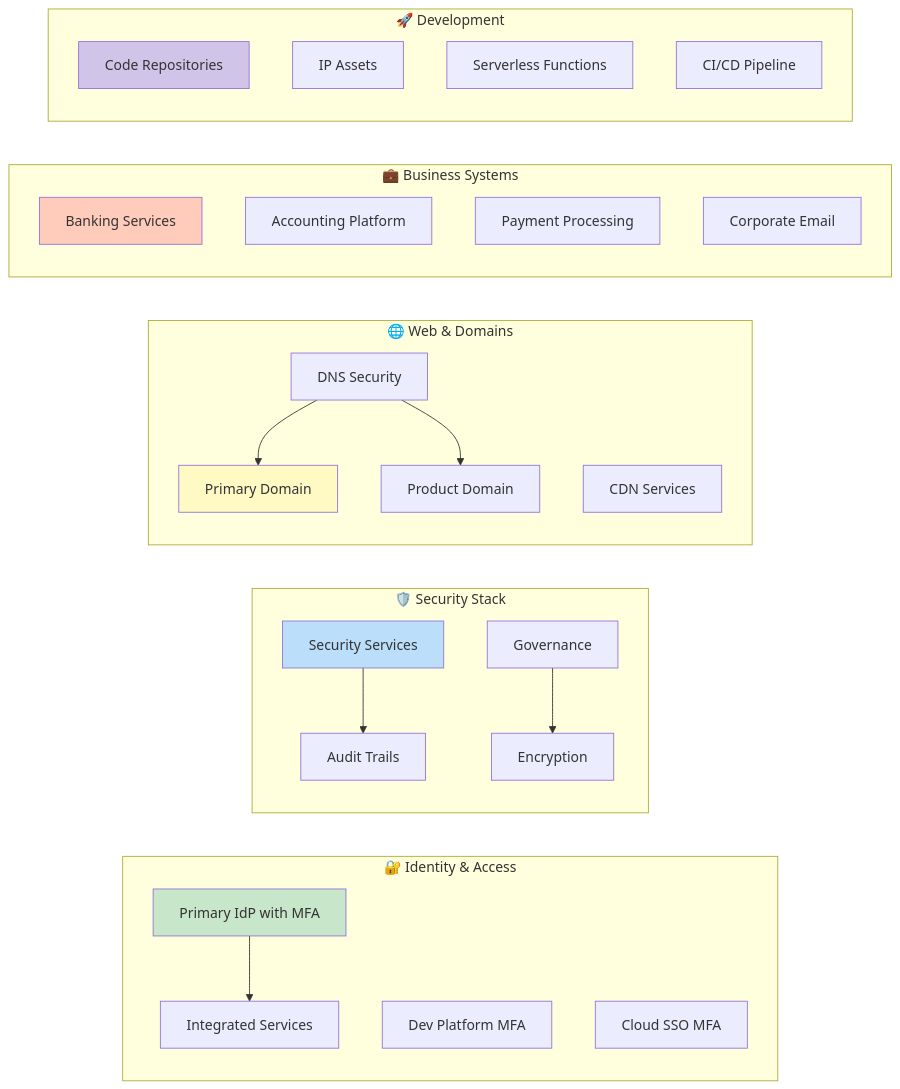
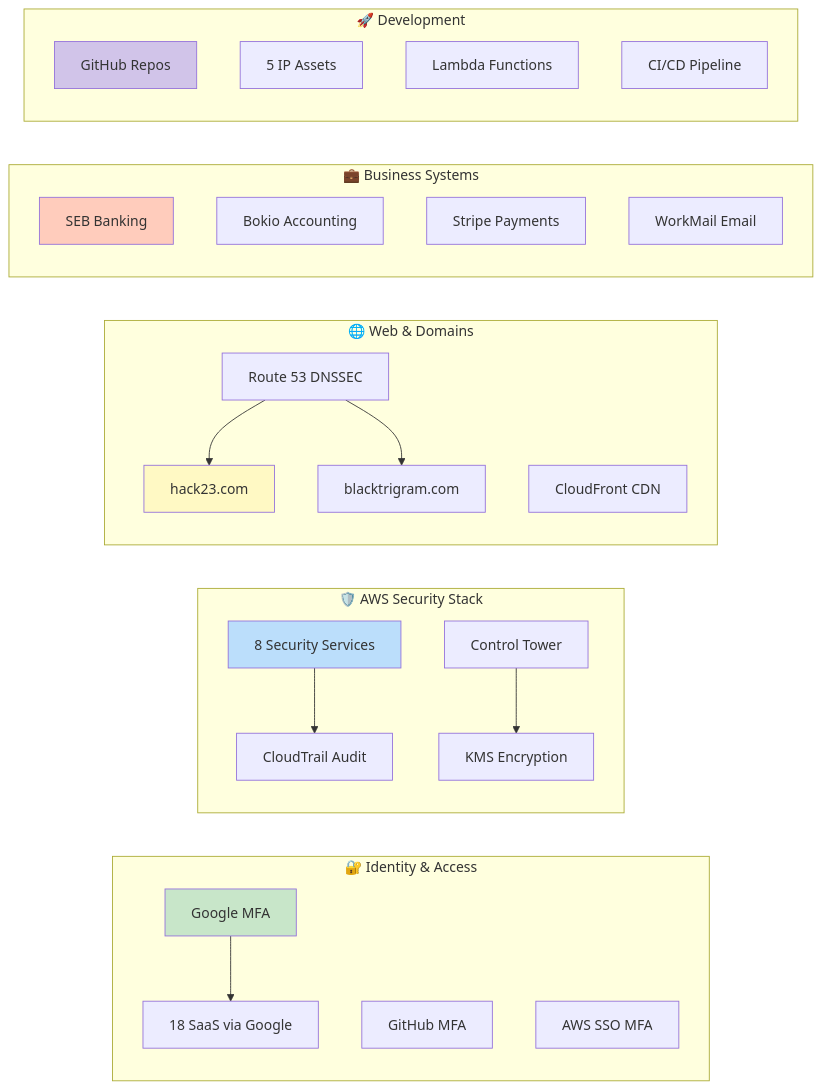
The eighth of 8 diagrams in Asset_Register.md (Hack23/ISMS-PUBLIC), drawn with Mermaid before and after one commit. The commit also changed other lines of this file, not shown here.

````diff
--- a/Asset_Register.md
+++ b/Asset_Register.md
@@ -605,49 +617,49 @@
 ```mermaid
 graph LR
     subgraph "🔐 Identity & Access"
-        ID1[Primary IdP with MFA]
-        ID2[Dev Platform MFA]
-        ID3[Cloud SSO MFA]
-        ID4[Integrated Services]
+        ID1[Google MFA]
+        ID2[GitHub MFA]
+        ID3[AWS SSO MFA]
+        ID4[18 SaaS via Google]
     end
     
-    subgraph "🛡️ Security Stack"
-        SEC1[Security Services]
-        SEC2[Audit Trails]
-        SEC3[Governance]
-        SEC4[Encryption]
+    subgraph "🛡️ AWS Security Stack"
+        SEC1[8 Security Services]
+        SEC2[CloudTrail Audit]
+        SEC3[Control Tower]
+        SEC4[KMS Encryption]
     end
     
     subgraph "🌐 Web & Domains"
-        WEB1[Primary Domain]
-        WEB2[Product Domain]
-        WEB3[DNS Security]
-        WEB4[CDN Services]
+        WEB1[hack23.com]
+        WEB2[blacktrigram.com]
+        WEB3[Route 53 DNSSEC]
+        WEB4[CloudFront CDN]
     end
     
     subgraph "💼 Business Systems"
-        BUS1[Banking Services]
-        BUS2[Accounting Platform]
-        BUS3[Payment Processing]
-        BUS4[Corporate Email]
+        BUS1[SEB Banking]
+        BUS2[Bokio Accounting]
+        BUS3[Stripe Payments]
+        BUS4[WorkMail Email]
     end
     
     subgraph "🚀 Development"
-        DEV1[Code Repositories]
-        DEV2[IP Assets]
-        DEV3[Serverless Functions]
+        DEV1[GitHub Repos]
+        DEV2[5 IP Assets]
+        DEV3[Lambda Functions]
         DEV4[CI/CD Pipeline]
     end
     
     ID1 --> ID4
     SEC1 --> SEC2
     SEC3 --> SEC4
     WEB3 --> WEB1
     WEB3 --> WEB2
     
     style ID1 fill:#c8e6c9
     style SEC1 fill:#bbdefb
     style WEB1 fill:#fff9c4
     style BUS1 fill:#ffccbc
     style DEV1 fill:#d1c4e9
 ```
````
